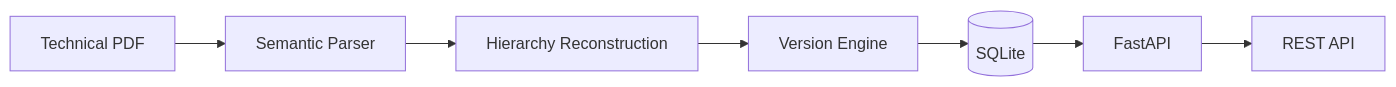
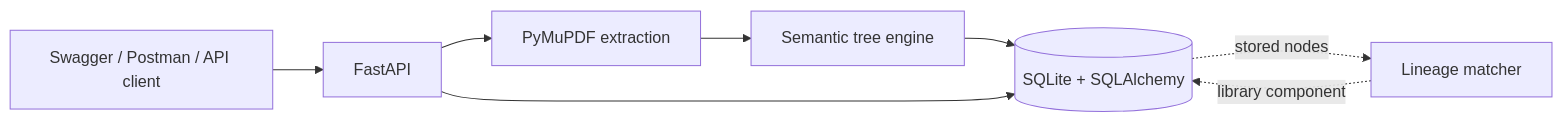
The first of 3 diagrams in README.md (ARahhul/Affine_Surge), drawn with Mermaid before and after one commit. The commit also changed other lines of this file, not shown here.

````diff
--- a/README.md
+++ b/README.md
@@ -30,21 +20,10 @@
 ```mermaid
 flowchart LR
-
-PDF[Technical PDF]
-        --> Parser[Semantic Parser]
-
-Parser
-        --> Tree[Hierarchy Reconstruction]
-
-Tree
-        --> Versioning[Version Engine]
-
-Versioning
-        --> Database[(SQLite)]
-
-Database
-        --> API[FastAPI]
-
-API
-        --> Client[REST API]
+    Client[Swagger / Postman / API client] --> API[FastAPI]
+    API --> Parser[PyMuPDF extraction]
+    Parser --> Tree[Semantic tree engine]
+    Tree --> DB[(SQLite + SQLAlchemy)]
+    API --> DB
+    DB -. stored nodes .-> Versioning[Lineage matcher]
+    Versioning -. library component .-> DB
 ```
````
